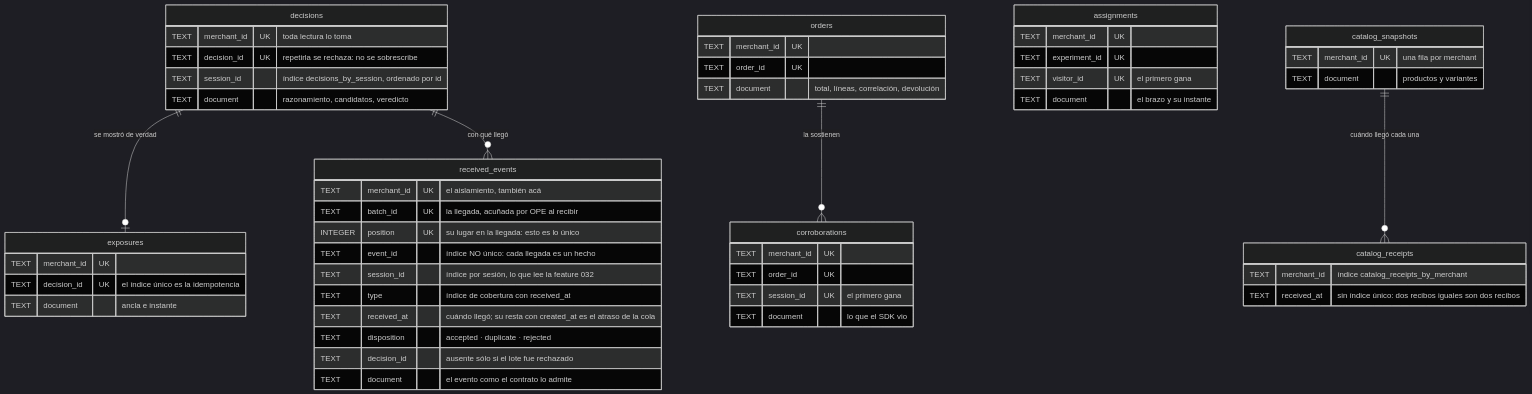
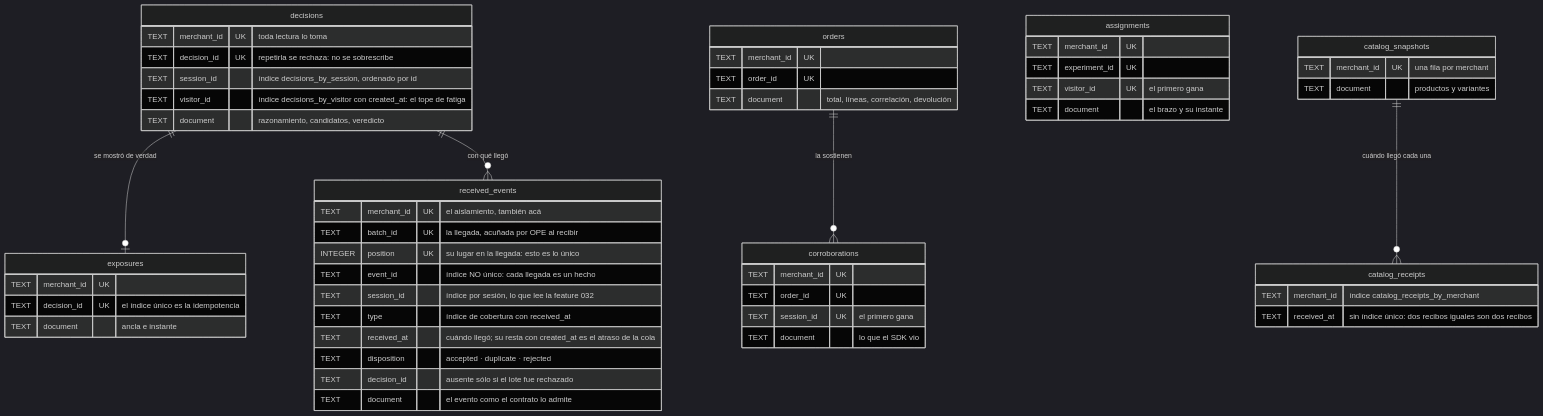
Before and after one commit to germanissel-tech/OPE-Backend: the first of 2 diagrams in migrations/README.md, drawn with Mermaid (dark theme). The commit also changed other lines of this file and 11 other files, not shown here.

````diff
--- a/migrations/README.md
+++ b/migrations/README.md
@@ -23,56 +23,57 @@
 ```mermaid
 erDiagram
     decisions {
         TEXT merchant_id UK "toda lectura lo toma"
         TEXT decision_id UK "repetirla se rechaza: no se sobrescribe"
         TEXT session_id "índice decisions_by_session, ordenado por id"
+        TEXT visitor_id "índice decisions_by_visitor con created_at: el tope de fatiga"
         TEXT document "razonamiento, candidatos, veredicto"
     }
     exposures {
         TEXT merchant_id UK
         TEXT decision_id UK "el índice único es la idempotencia"
         TEXT document "ancla e instante"
     }
     orders {
         TEXT merchant_id UK
         TEXT order_id UK
         TEXT document "total, líneas, correlación, devolución"
     }
     corroborations {
         TEXT merchant_id UK
         TEXT order_id UK
         TEXT session_id UK "el primero gana"
         TEXT document "lo que el SDK vio"
     }
     assignments {
         TEXT merchant_id UK
         TEXT experiment_id UK
         TEXT visitor_id UK "el primero gana"
         TEXT document "el brazo y su instante"
     }
     catalog_snapshots {
         TEXT merchant_id UK "una fila por merchant"
         TEXT document "productos y variantes"
     }
     catalog_receipts {
         TEXT merchant_id "índice catalog_receipts_by_merchant"
         TEXT received_at "sin índice único: dos recibos iguales son dos recibos"
     }
     received_events {
         TEXT merchant_id UK "el aislamiento, también acá"
         TEXT batch_id UK "la llegada, acuñada por OPE al recibir"
         INTEGER position UK "su lugar en la llegada: esto es lo único"
         TEXT event_id "índice NO único: cada llegada es un hecho"
         TEXT session_id "índice por sesión, lo que lee la feature 032"
         TEXT type "índice de cobertura con received_at"
         TEXT received_at "cuándo llegó; su resta con created_at es el atraso de la cola"
         TEXT disposition "accepted · duplicate · rejected"
         TEXT decision_id "ausente sólo si el lote fue rechazado"
         TEXT document "el evento como el contrato lo admite"
     }
 
     decisions ||--o| exposures : "se mostró de verdad"
     decisions ||--o{ received_events : "con qué llegó"
     orders ||--o{ corroborations : "la sostienen"
     catalog_snapshots ||--o{ catalog_receipts : "cuándo llegó cada una"
 ```
````
